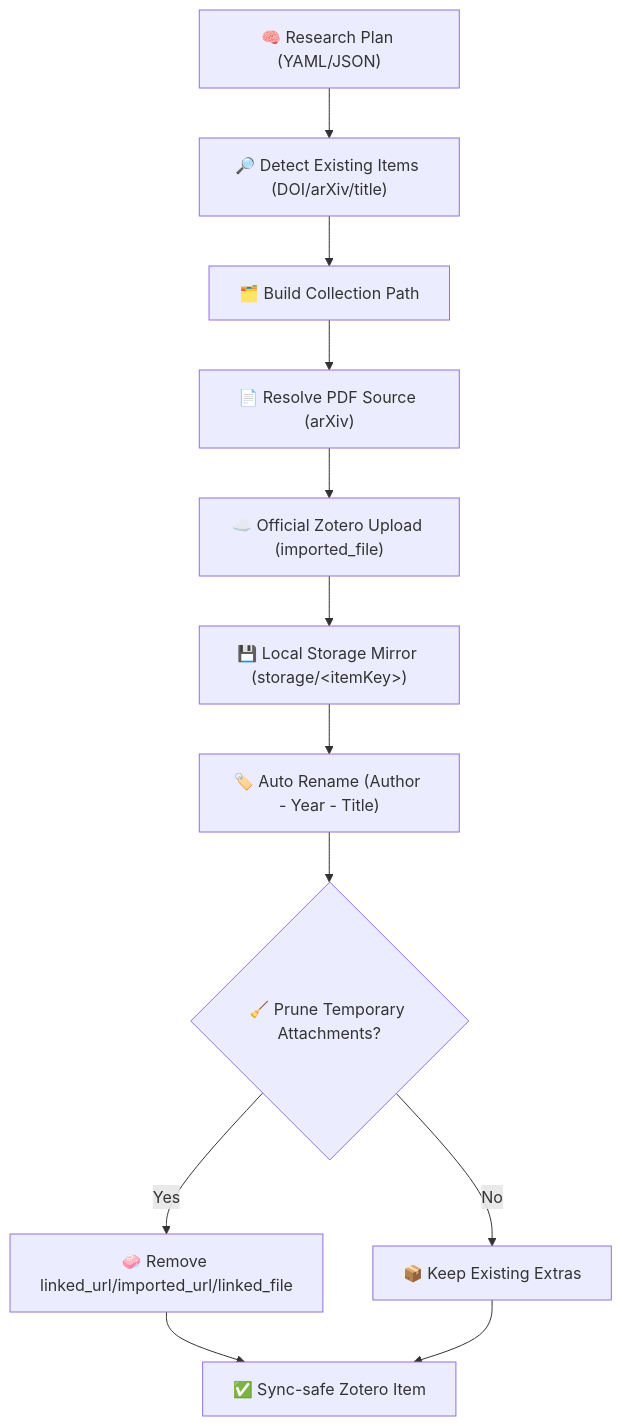
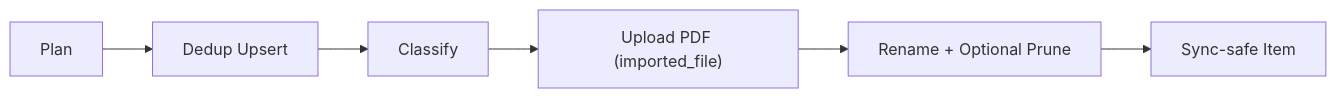
Before and after one commit to suborigin/zotero-curator: the diagram in README.md, drawn with Mermaid. The commit also changed other lines of this file, not shown here.

Commit message:
docs: add usage scenarios and simplify architecture diagram

````diff
--- a/README.md
+++ b/README.md
@@ -35,14 +56,8 @@
 ```mermaid
-flowchart TD
-  A["🧠 Research Plan (YAML/JSON)"] --> B["🔎 Detect Existing Items (DOI/arXiv/title)"]
-  B --> C["🗂️ Build Collection Path"]
-  C --> D["📄 Resolve PDF Source (arXiv)"]
-  D --> E["☁️ Official Zotero Upload (imported_file)"]
-  E --> F["💾 Local Storage Mirror (storage/&lt;itemKey&gt;)"]
-  F --> G["🏷️ Auto Rename (Author - Year - Title)"]
-  G --> H{"🧹 Prune Temporary Attachments?"}
-  H -->|Yes| I["🧼 Remove linked_url/imported_url/linked_file"]
-  H -->|No| J["📦 Keep Existing Extras"]
-  I --> K["✅ Sync-safe Zotero Item"]
-  J --> K
+flowchart LR
+  A["Plan"] --> B["Dedup Upsert"]
+  B --> C["Classify"]
+  C --> D["Upload PDF (imported_file)"]
+  D --> E["Rename + Optional Prune"]
+  E --> F["Sync-safe Item"]
 ```
````
